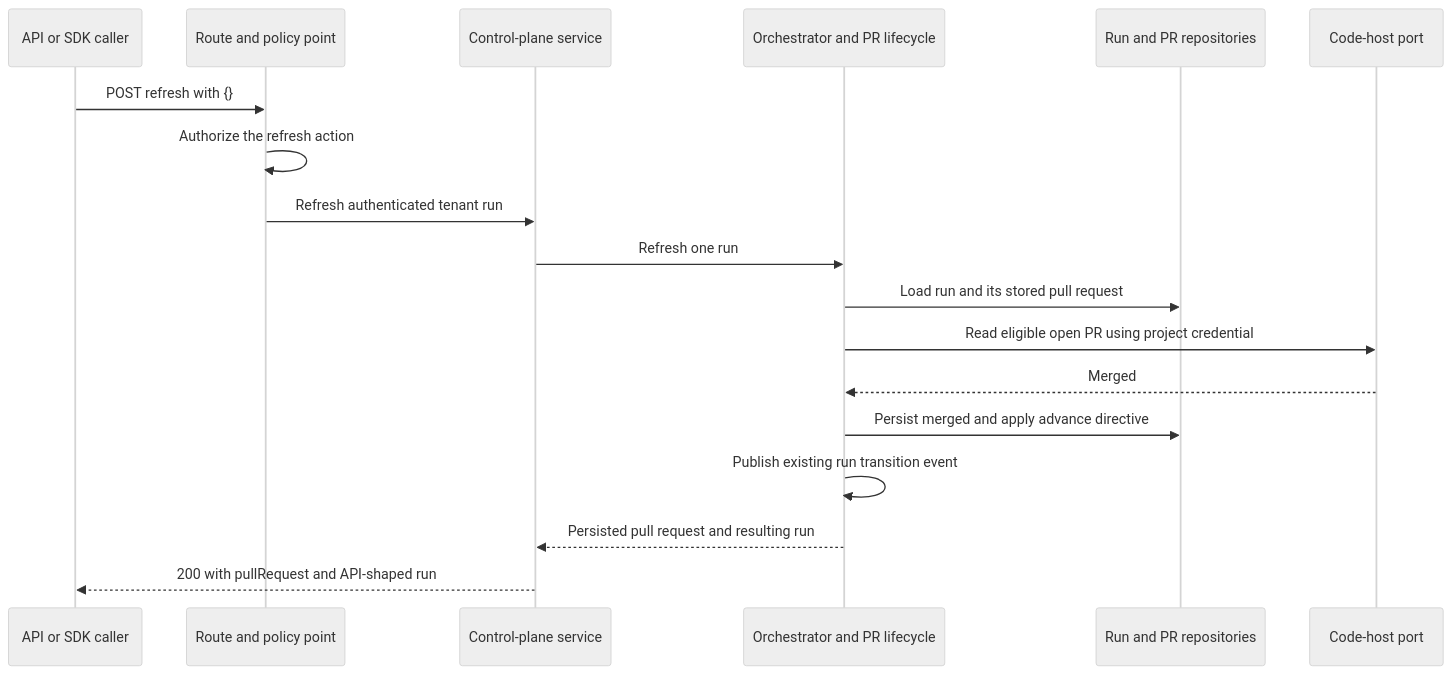
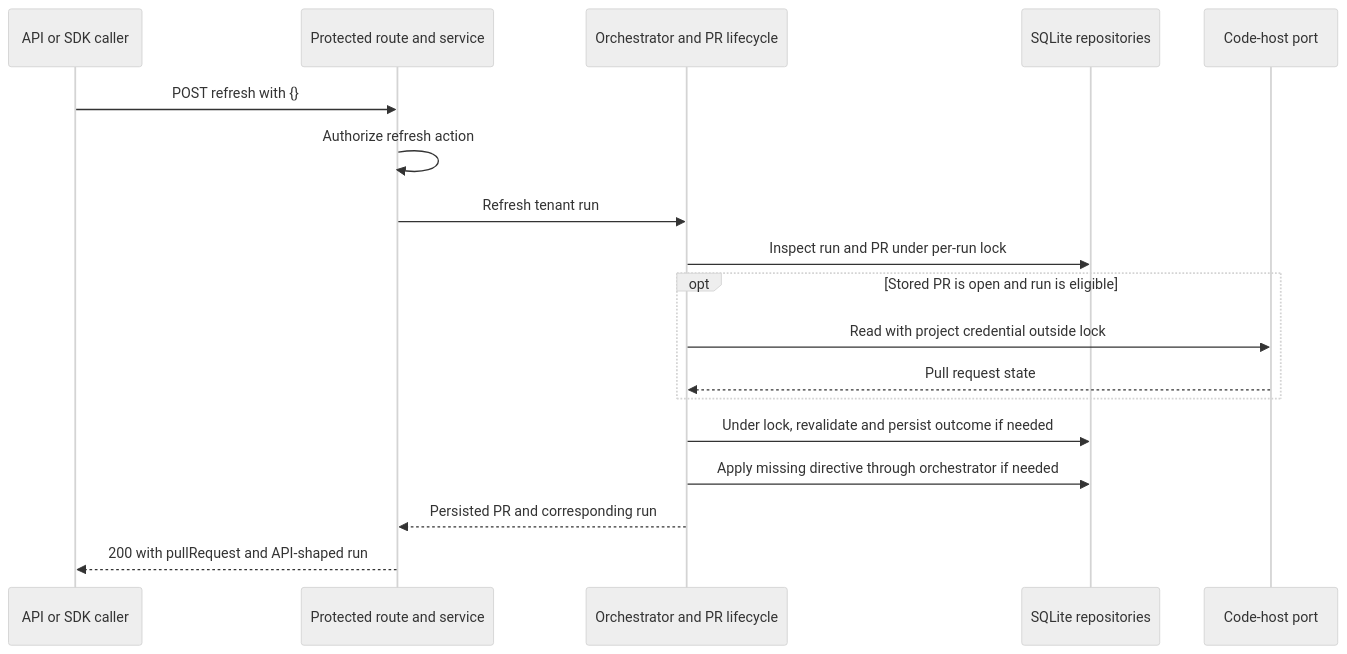
Before and after one commit to markdstafford/autocatalyst: the second of 2 diagrams in context-human/specs/feature-refresh-one-pull-request.md, drawn with Mermaid (neutral theme). The commit also changed other lines of this file, not shown here.

Commit message:
docs: revise feature spec refresh-one-pull-request

````diff
--- a/context-human/specs/feature-refresh-one-pull-request.md
+++ b/context-human/specs/feature-refresh-one-pull-request.md
@@ -100,20 +102,20 @@
 ```mermaid
 sequenceDiagram
     participant C as API or SDK caller
-    participant R as Route and policy point
-    participant S as Control-plane service
+    participant R as Protected route and service
     participant O as Orchestrator and PR lifecycle
-    participant D as Run and PR repositories
+    participant D as SQLite repositories
     participant H as Code-host port
     C->>R: POST refresh with {}
-    R->>R: Authorize the refresh action
-    R->>S: Refresh authenticated tenant run
-    S->>O: Refresh one run
-    O->>D: Load run and its stored pull request
-    O->>H: Read eligible open PR using project credential
-    H-->>O: Merged
-    O->>D: Persist merged and apply advance directive
-    O->>O: Publish existing run transition event
-    O-->>S: Persisted pull request and resulting run
-    S-->>C: 200 with pullRequest and API-shaped run
+    R->>R: Authorize refresh action
+    R->>O: Refresh tenant run
+    O->>D: Inspect run and PR under per-run lock
+    opt Stored PR is open and run is eligible
+        O->>H: Read with project credential outside lock
+        H-->>O: Pull request state
+    end
+    O->>D: Under lock, revalidate and persist outcome if needed
+    O->>D: Apply missing directive through orchestrator if needed
+    O-->>R: Persisted PR and corresponding run
+    R-->>C: 200 with pullRequest and API-shaped run
 ```
````
